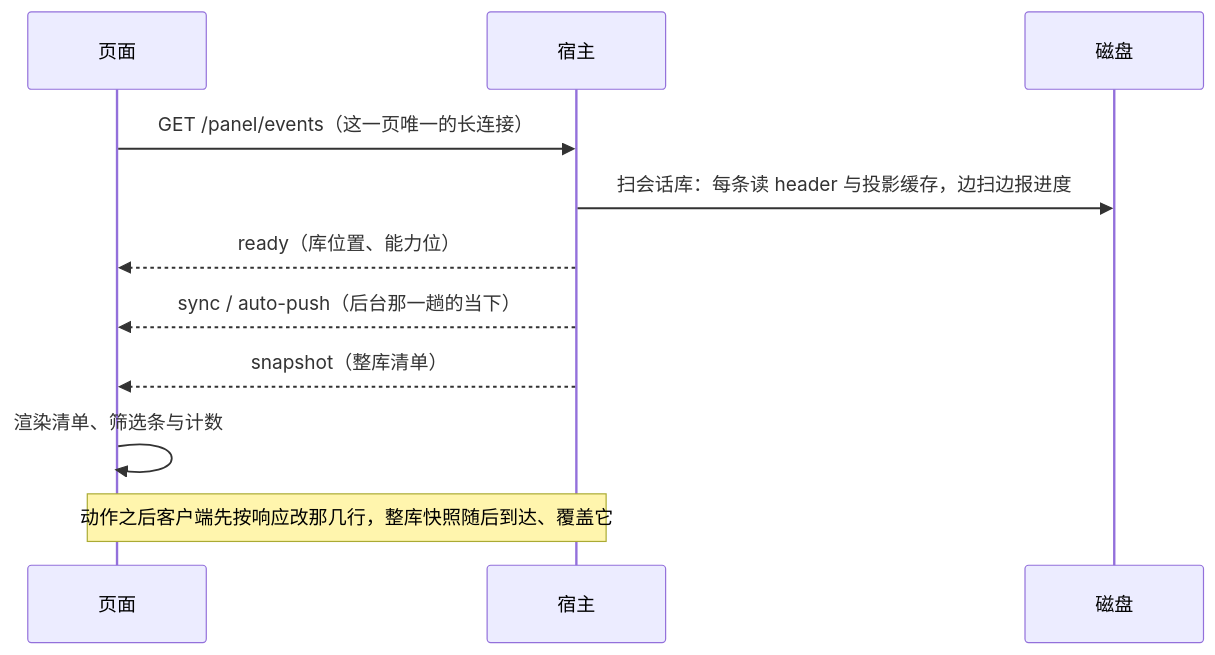
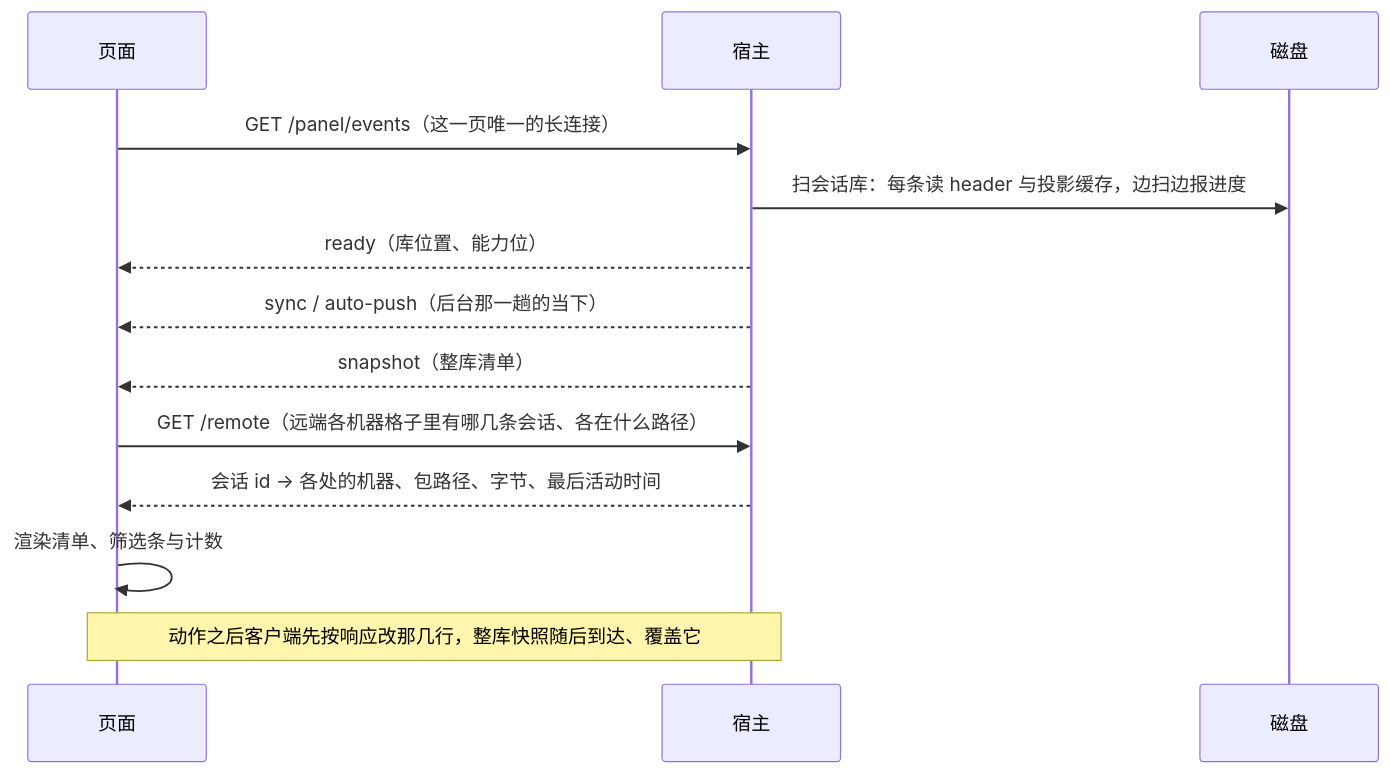
Before and after one commit to he0119/dsh-session-manager: the first of 9 diagrams in docs/flows.md, drawn with Mermaid. The commit also changed other lines of this file and 19 other files, not shown here.

````diff
--- a/docs/flows.md
+++ b/docs/flows.md
@@ -9,13 +9,15 @@
 ```mermaid
 sequenceDiagram
   participant 页面
   participant 宿主
   participant 磁盘
   页面->>宿主: GET /panel/events（这一页唯一的长连接）
   宿主->>磁盘: 扫会话库：每条读 header 与投影缓存，边扫边报进度
   宿主-->>页面: ready（库位置、能力位）
   宿主-->>页面: sync / auto-push（后台那一趟的当下）
   宿主-->>页面: snapshot（整库清单）
+  页面->>宿主: GET /remote（远端各机器格子里有哪几条会话、各在什么路径）
+  宿主-->>页面: 会话 id → 各处的机器、包路径、字节、最后活动时间
   页面->>页面: 渲染清单、筛选条与计数
   Note over 页面,宿主: 动作之后客户端先按响应改那几行，整库快照随后到达、覆盖它
 ```
````
